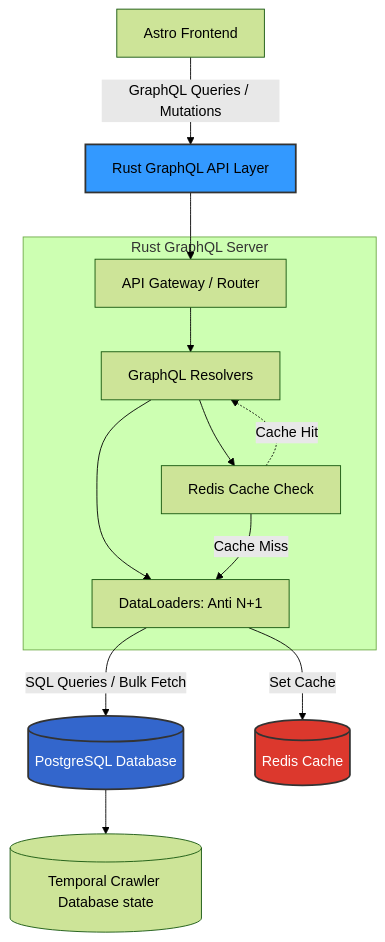
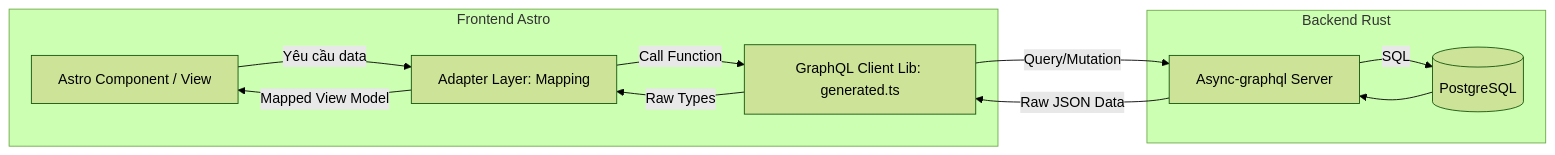
Before and after one commit to devnguyen2507/the-commics: the diagram in docs/030-Specs/Spec-GraphQL.md, drawn with Mermaid (forest theme). The commit also changed other lines of this file and 40 other files, not shown here.

````diff
--- a/docs/030-Specs/Spec-GraphQL.md
+++ b/docs/030-Specs/Spec-GraphQL.md
@@ -40,28 +42,23 @@
 ```mermaid
-graph TD
-    FE[Astro Frontend] -->|GraphQL Queries / Mutations| GQL[Rust GraphQL API Layer]
-    
-    subgraph Rust GraphQL Server
-        Router[API Gateway / Router]
-        Resolvers[GraphQL Resolvers]
-        DataLoaders[DataLoaders: Anti N+1]
-        CacheLayer[Redis Cache Check]
+graph LR
+    subgraph Client [Frontend Astro]
+        View[Astro Component / View]
+        Adapter[Adapter Layer: Mapping]
+        GQL_Lib[GraphQL Client Lib: generated.ts]
     end
     
-    GQL --> Router
-    Router --> Resolvers
-    Resolvers --> CacheLayer
-    Resolvers --> DataLoaders
+    subgraph Server [Backend Rust]
+        GQL_Server[Async-graphql Server]
+        DB[(PostgreSQL)]
+    end
+
+    View -->|Yêu cầu data| Adapter
+    Adapter -->|Call Function| GQL_Lib
+    GQL_Lib -->|Query/Mutation| GQL_Server
+    GQL_Server -->|SQL| DB
     
-    CacheLayer -.->|Cache Hit| Resolvers
-    CacheLayer -->|Cache Miss| DataLoaders
-    
-    DataLoaders -->|SQL Queries / Bulk Fetch| PG[(PostgreSQL Database)]
-    DataLoaders -->|Set Cache| Redis[(Redis Cache)]
-    
-    PG --> Crawler[(Temporal Crawler Database state)]
-    
-    style GQL fill:#3399ff,stroke:#333,stroke-width:2px
-    style PG fill:#3366cc,color:#fff,stroke:#333,stroke-width:2px
-    style Redis fill:#dc382d,color:#fff,stroke:#333,stroke-width:2px
+    DB --> GQL_Server
+    GQL_Server -->|Raw JSON Data| GQL_Lib
+    GQL_Lib -->|Raw Types| Adapter
+    Adapter -->|Mapped View Model| View
 ```
````
